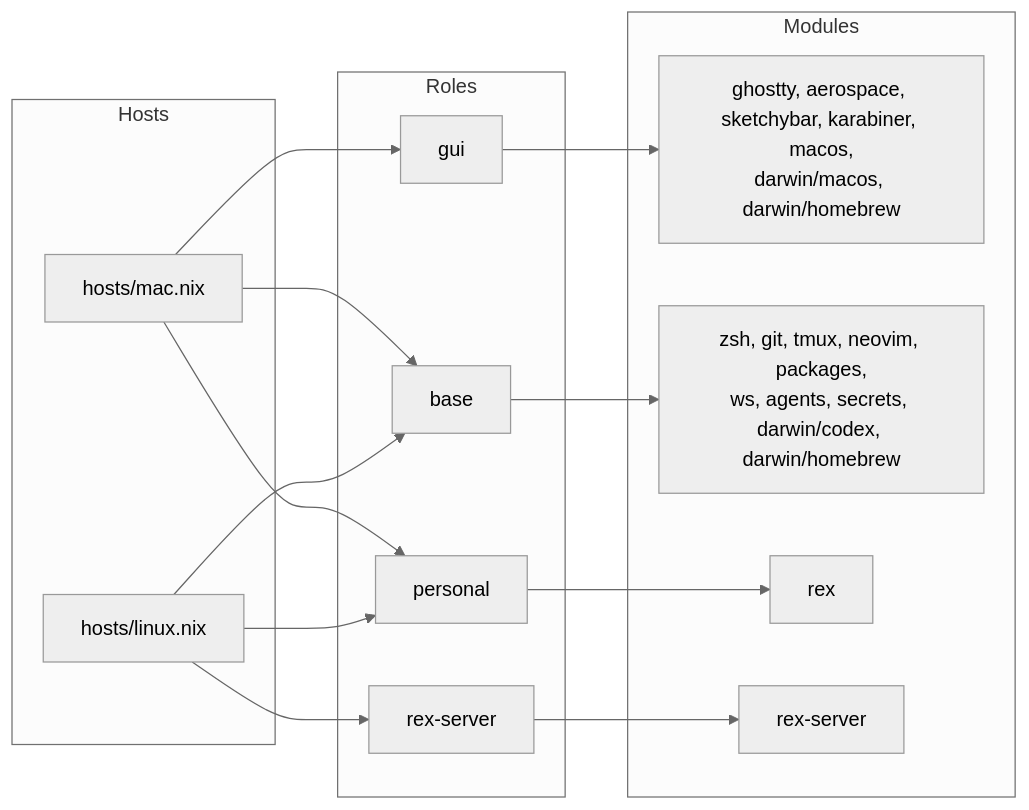
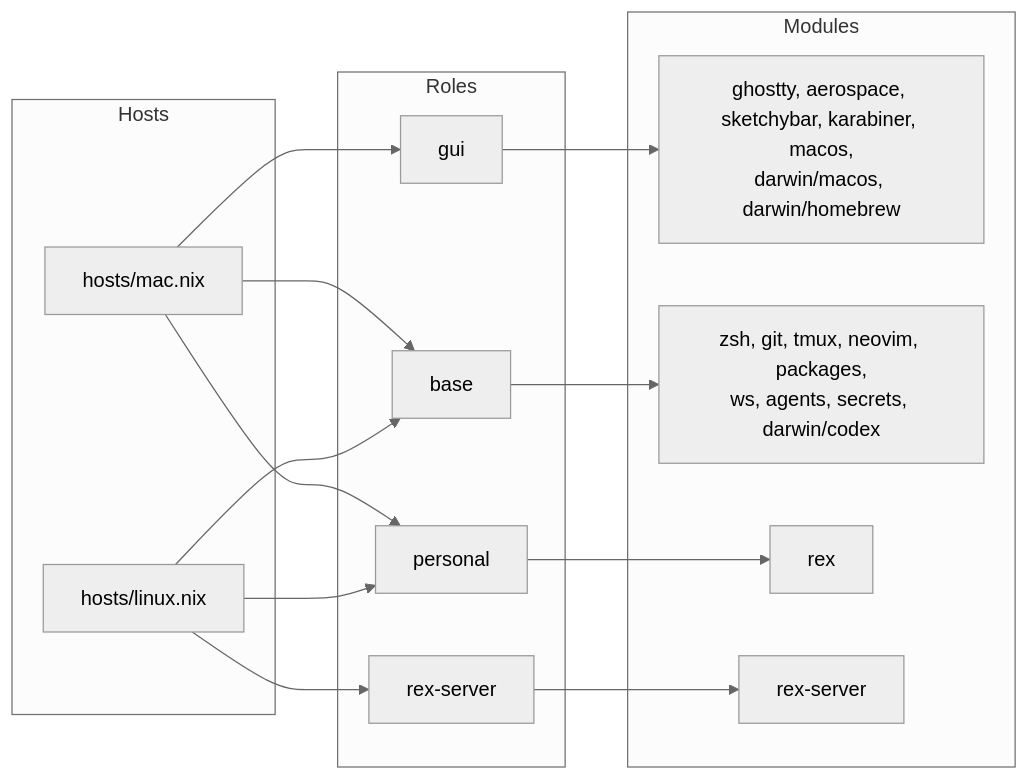
The diagram in docs/layout.md (RyanSaxe/dotfiles), drawn with Mermaid (neutral theme) before and after one commit. The commit also changed other lines of this file and 3 other files, not shown here.

````diff
--- a/docs/layout.md
+++ b/docs/layout.md
@@ -13,25 +13,25 @@
 ```mermaid
 flowchart LR
   subgraph Hosts
     mac["hosts/mac.nix"]
     linux["hosts/linux.nix"]
   end
   subgraph Roles
     gui
     base
     personal
     rexServer["rex-server"]
   end
   subgraph Modules
     guiModules["ghostty, aerospace, sketchybar, karabiner, macos,<br>darwin/macos, darwin/homebrew"]
-    baseModules["zsh, git, tmux, neovim, packages,<br>ws, agents, secrets, darwin/codex, darwin/homebrew"]
+    baseModules["zsh, git, tmux, neovim, packages,<br>ws, agents, secrets, darwin/codex"]
     personalModules["rex"]
     rexServerModules["rex-server"]
   end
   mac --> base & gui & personal
   linux --> base & personal & rexServer
   gui --> guiModules
   base --> baseModules
   personal --> personalModules
   rexServer --> rexServerModules
 ```
````
